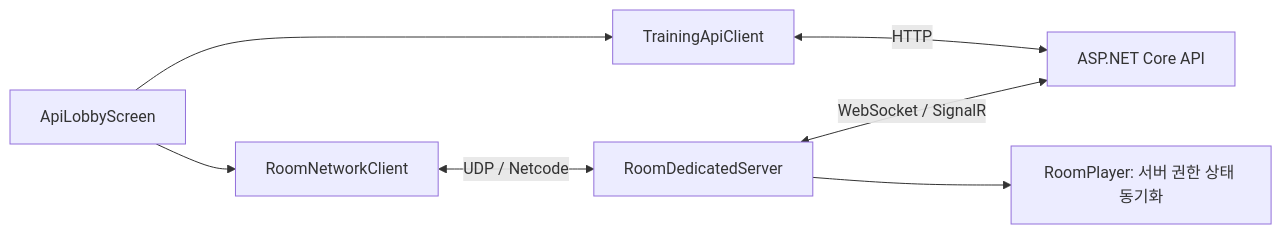
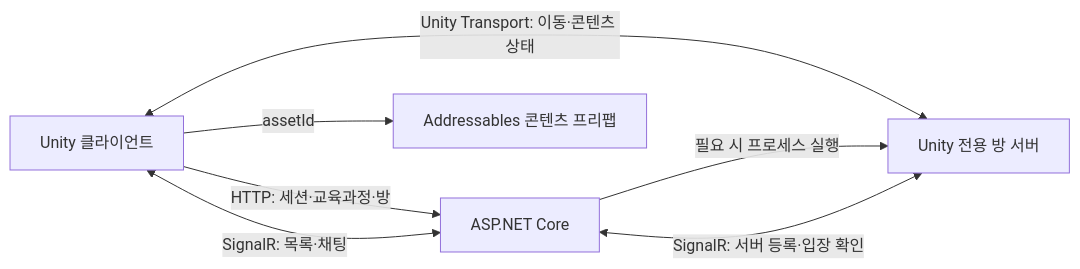
One commit to Jaehyung2028/Smart-Training-Platform changed the diagram in README.md. Above: the diagram before and after it, drawn with Mermaid. The commit also changed other lines of this file and 7 other files, not shown here.

````diff
--- a/README.md
+++ b/README.md
@@ -26,9 +77,9 @@
 ```mermaid
 flowchart LR
-    UI[ApiLobbyScreen] --> REST[TrainingApiClient]
-    REST <-->|HTTP| API[ASP.NET Core API]
-    UI --> NC[RoomNetworkClient]
-    NC <-->|UDP / Netcode| DS[RoomDedicatedServer]
-    DS <-->|WebSocket / SignalR| API
-    DS --> P[RoomPlayer: 서버 권한 상태 동기화]
+    C[Unity 클라이언트] -->|HTTP: 세션·교육과정·방| A[ASP.NET Core]
+    C <-->|SignalR: 목록·채팅| A
+    C <-->|Unity Transport: 이동·콘텐츠 상태| R[Unity 전용 방 서버]
+    R <-->|SignalR: 서버 등록·입장 확인| A
+    A -->|필요 시 프로세스 실행| R
+    C -->|assetId| P[Addressables 콘텐츠 프리팹]
 ```
````
